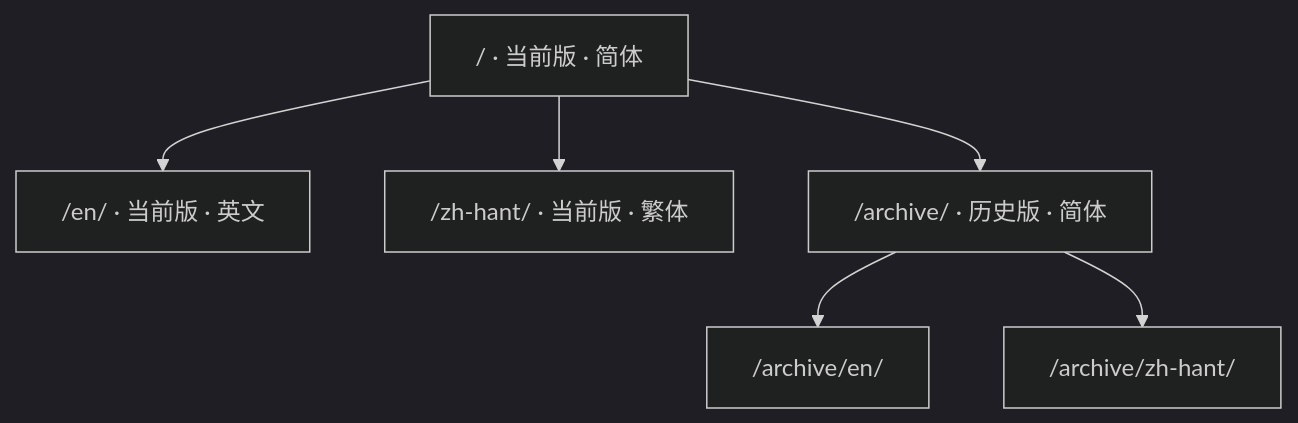
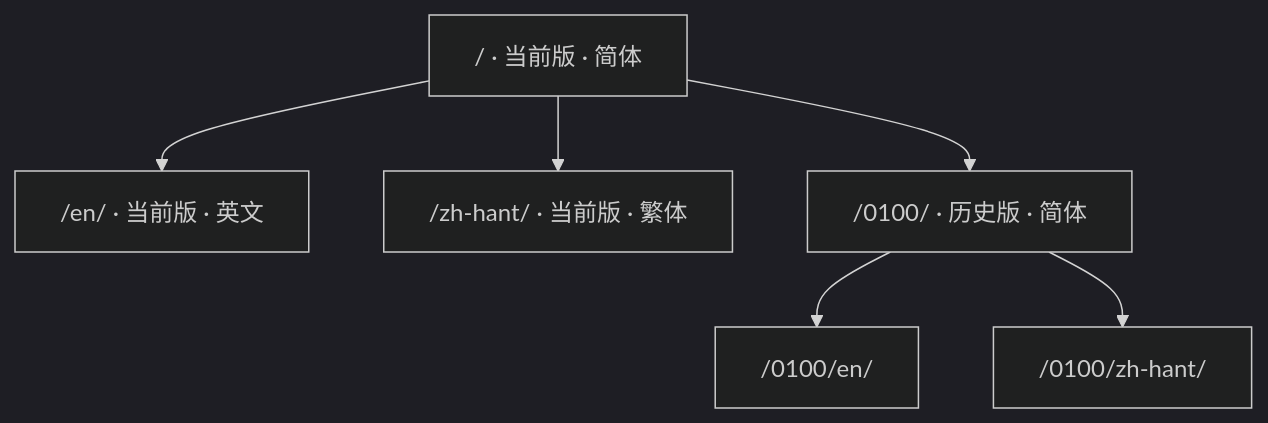
Before and after one commit to rwr-infra/rwr-mapbook: the diagram in content/about/index.zh-hans.md, drawn with Mermaid (dark theme). The commit also changed other lines of this file and 628 other files, not shown here.

````diff
--- a/content/about/index.zh-hans.md
+++ b/content/about/index.zh-hans.md
@@ -30,8 +33,8 @@
 ```mermaid
 graph TD
   A["/ · 当前版 · 简体"] --> B["/en/ · 当前版 · 英文"]
   A --> C["/zh-hant/ · 当前版 · 繁体"]
-  A --> D["/archive/ · 历史版 · 简体"]
-  D --> E["/archive/en/"]
-  D --> F["/archive/zh-hant/"]
+  A --> D["/0100/ · 历史版 · 简体"]
+  D --> E["/0100/en/"]
+  D --> F["/0100/zh-hant/"]
 ```
````
